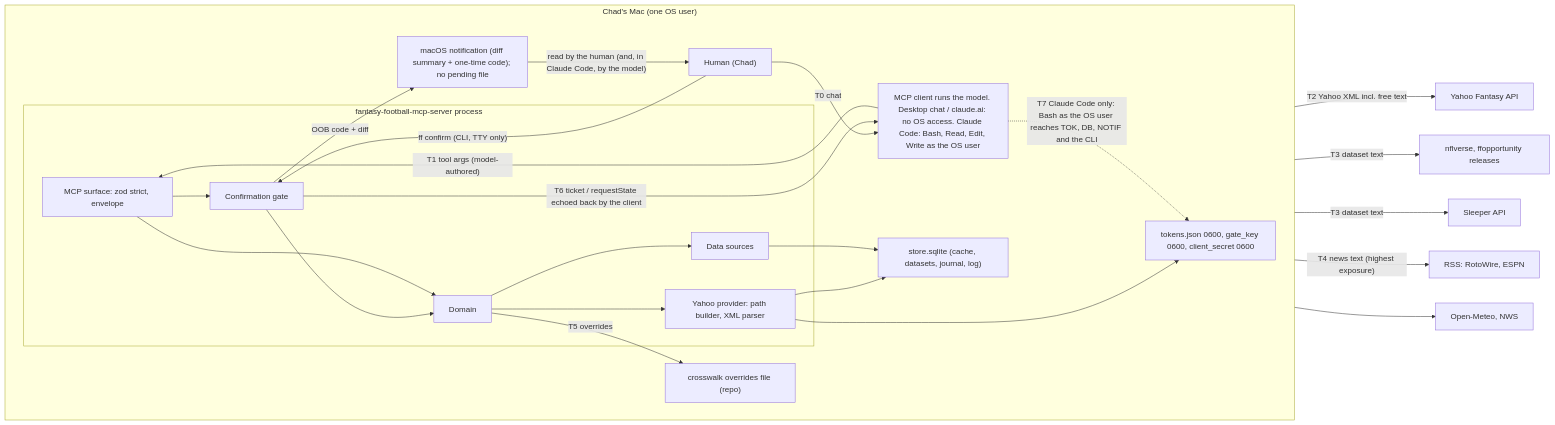
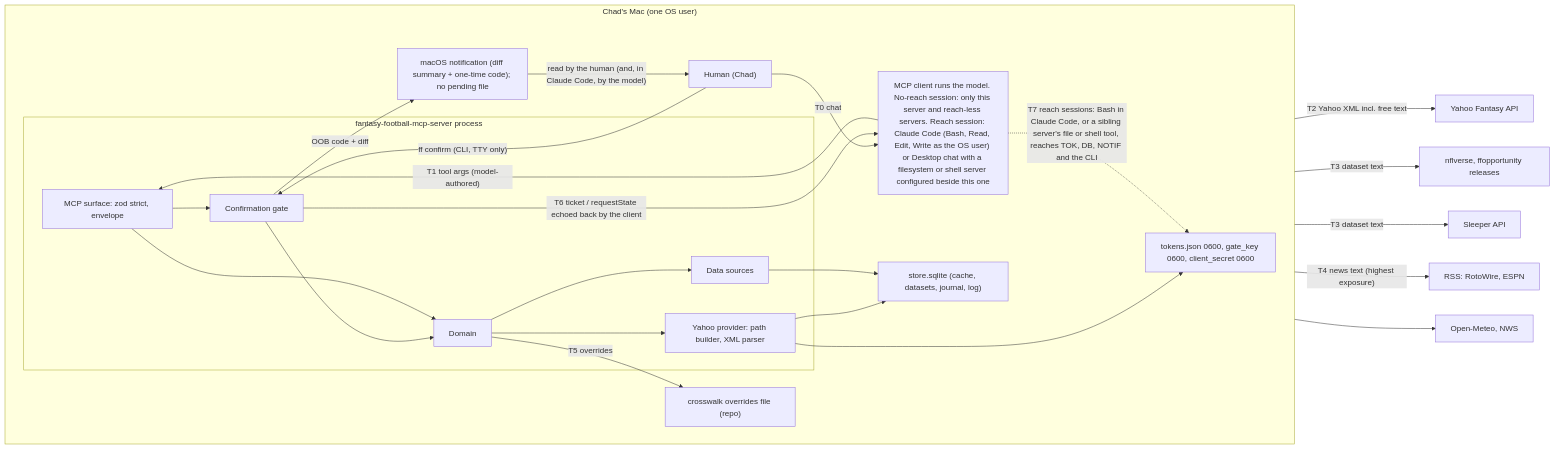
The first of 4 diagrams in docs/plan/02-security-architecture.md (ChadPapineau/yahoo-fantasy-football-mcp), drawn with Mermaid before and after one commit. The commit also changed other lines of this file and 5 other files, not shown here.

First line of the commit message:
docs(plan): round-2 revisions — OBJ-24: client sets → session conditions (no-reach vs reach); S12 extended; doctor #13 sibling-server heuristic

````diff
--- a/docs/plan/02-security-architecture.md
+++ b/docs/plan/02-security-architecture.md
@@ -37,45 +37,45 @@
 ```mermaid
 flowchart LR
   subgraph MACHINE["Chad's Mac (one OS user)"]
     direction LR
     USER["Human (Chad)"]
-    CLIENT["MCP client runs the model. Desktop chat / claude.ai: no OS access. Claude Code: Bash, Read, Edit, Write as the OS user"]
+    CLIENT["MCP client runs the model. No-reach session: only this server and reach-less servers. Reach session: Claude Code (Bash, Read, Edit, Write as the OS user) or Desktop chat with a filesystem or shell server configured beside this one"]
     subgraph PROC["fantasy-football-mcp-server process"]
       MCPS["MCP surface: zod strict, envelope"]
       GATE["Confirmation gate"]
       DOM["Domain"]
       PROV["Yahoo provider: path builder, XML parser"]
       SRC["Data sources"]
     end
     TOK["tokens.json 0600, gate_key 0600, client_secret 0600"]
     DB["store.sqlite (cache, datasets, journal, log)"]
     OVR["crosswalk overrides file (repo)"]
     NOTIF["macOS notification (diff summary + one-time code); no pending file"]
   end
   YAHOO["Yahoo Fantasy API"]
   NFLV["nflverse, ffopportunity releases"]
   SLEEP["Sleeper API"]
   NEWS["RSS: RotoWire, ESPN"]
   WX["Open-Meteo, NWS"]
 
   USER -- "T0 chat" --> CLIENT
   CLIENT -- "T1 tool args (model-authored)" --> MCPS
   MCPS --> GATE --> DOM
   MCPS --> DOM
   DOM --> PROV
   DOM --> SRC
   PROV -- "T2 Yahoo XML incl. free text" --> YAHOO
   SRC -- "T3 dataset text" --> NFLV
   SRC -- "T3 dataset text" --> SLEEP
   SRC -- "T4 news text (highest exposure)" --> NEWS
   SRC --> WX
   PROV --> TOK
   PROV --> DB
   SRC --> DB
   DOM -- "T5 overrides" --> OVR
   GATE -- "T6 ticket / requestState echoed back by the client" --> CLIENT
   GATE -- "OOB code + diff" --> NOTIF
   NOTIF -- "read by the human (and, in Claude Code, by the model)" --> USER
   USER -- "ff confirm (CLI, TTY only)" --> GATE
-  CLIENT -. "T7 Claude Code only: Bash as the OS user reaches TOK, DB, NOTIF and the CLI" .-> TOK
+  CLIENT -. "T7 reach sessions: Bash in Claude Code, or a sibling server's file or shell tool, reaches TOK, DB, NOTIF and the CLI" .-> TOK
 ```
````
